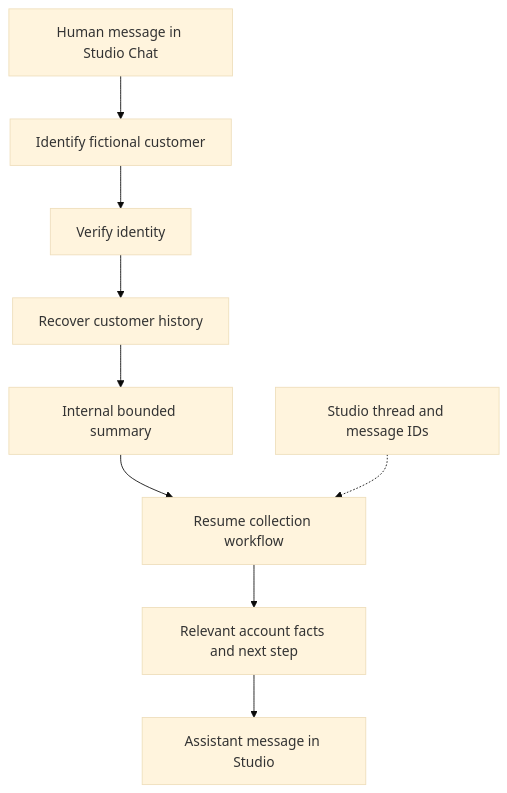
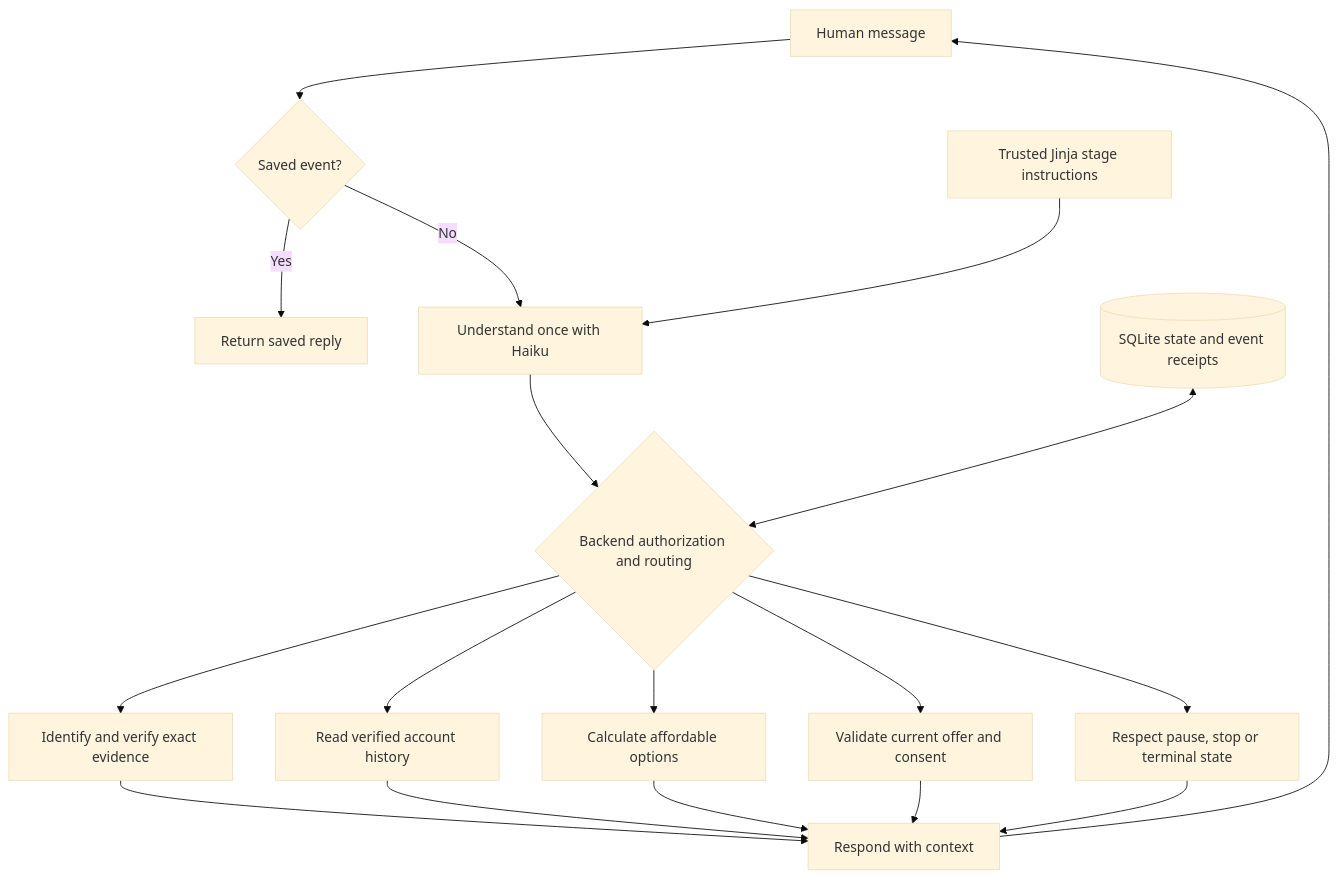
Before and after one commit to sergiomorapardo/AgenticDebtCollection: the fourth of 5 diagrams in README.md, drawn with Mermaid (base theme). The commit also changed other lines of this file and 11 other files, not shown here.

````diff
--- a/README.md
+++ b/README.md
@@ -134,11 +134,16 @@
 ```mermaid
 flowchart TD
-    H[Human message in Studio Chat] --> I[Identify fictional customer]
-    I --> V[Verify identity]
-    V --> M[Recover customer history]
-    M --> S[Internal bounded summary]
-    S --> G[Resume collection workflow]
-    G --> F[Relevant account facts and next step]
-    F --> A[Assistant message in Studio]
-    T[Studio thread and message IDs] -.-> G
+    H[Human message] --> R{Saved event?}
+    R -->|Yes| P[Return saved reply]
+    R -->|No| L[Understand once with Haiku]
+    J[Trusted Jinja stage instructions] --> L
+    L --> B{Backend authorization and routing}
+    B --> I[Identify and verify exact evidence]
+    B --> M[Read verified account history]
+    B --> O[Calculate affordable options]
+    B --> C[Validate current offer and consent]
+    B --> E[Respect pause, stop or terminal state]
+    I & M & O & C & E --> A[Respond with context]
+    A --> H
+    DB[(SQLite state and event receipts)] <--> B
 ```
````
